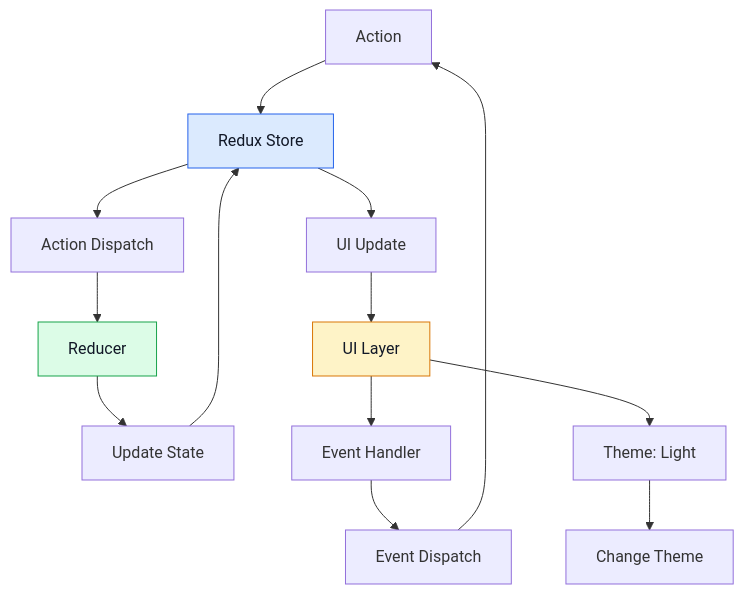
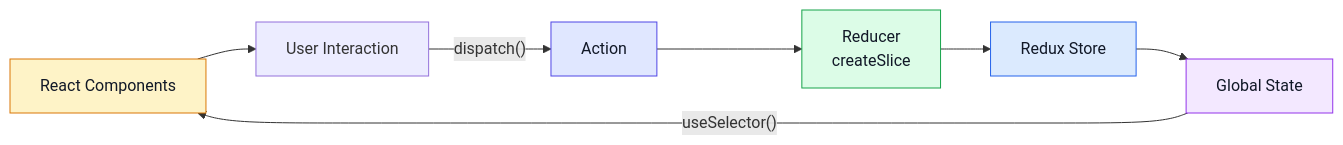
Before and after one commit to itsarman001/learning-in-public: the diagram in 03-learning/frontend/react-js/store/redux-toolkit/01-fundamentals.md, drawn with Mermaid. The commit also changed other lines of this file, not shown here.

Commit message:
docs(redux-toolkit): enhance fundamentals documentation with detailed sections on Redux concepts, architecture, core API, async handling, and common mistakes

````diff
--- a/03-learning/frontend/react-js/store/redux-toolkit/01-fundamentals.md
+++ b/03-learning/frontend/react-js/store/redux-toolkit/01-fundamentals.md
@@ -8,23 +22,23 @@
 ```mermaid
-flowchart TD
-    A[Action] --> B[Redux Store]
+flowchart LR
+    UI["React Components"]
 
-    B --> C[Action Dispatch]
-    C --> D[Reducer]
-    D --> E[Update State]
-    E --> B
+    EVENT["User Interaction"]
+    ACTION["Action"]
+    REDUCER["Reducer<br/>createSlice"]
+    STORE["Redux Store"]
+    STATE["Global State"]
 
-    B --> F[UI Update]
-    F --> G[UI Layer]
+    UI --> EVENT
+    EVENT -->|"dispatch()"| ACTION
+    ACTION --> REDUCER
+    REDUCER --> STORE
+    STORE --> STATE
+    STATE -->|"useSelector()"| UI
 
-    G --> H[Event Handler]
-    H --> I[Event Dispatch]
-    I --> A
-
-    G --> J[Theme: Light]
-    J --> K[Change Theme]
-
-    style B fill:#dbeafe,stroke:#2563eb,color:#111827
-    style D fill:#dcfce7,stroke:#16a34a,color:#111827
-    style G fill:#fef3c7,stroke:#d97706,color:#111827
+    style UI fill:#fef3c7,stroke:#d97706,color:#111827
+    style ACTION fill:#e0e7ff,stroke:#4f46e5,color:#111827
+    style REDUCER fill:#dcfce7,stroke:#16a34a,color:#111827
+    style STORE fill:#dbeafe,stroke:#2563eb,color:#111827
+    style STATE fill:#f3e8ff,stroke:#9333ea,color:#111827
 ```
````
